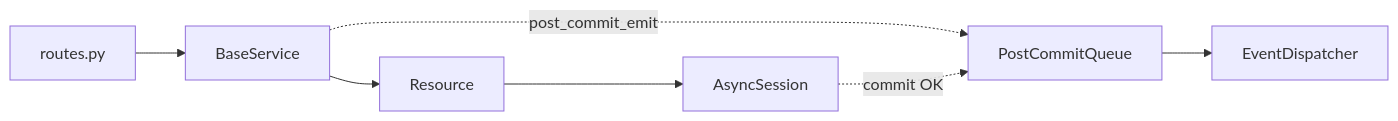
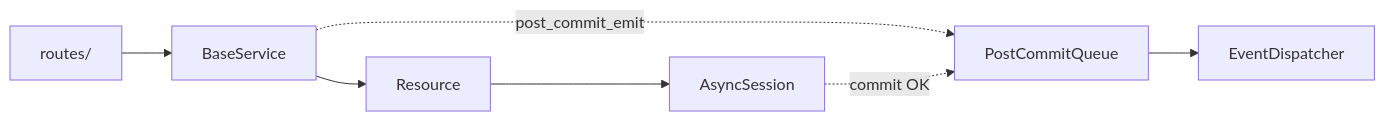
One commit to aprezcuba24/broker-shipping changed the second of 2 diagrams in docs/architecture.md. Above: the diagram before and after it, drawn with Mermaid. The commit also changed other lines of this file and 4 other files, not shown here.

````diff
--- a/docs/architecture.md
+++ b/docs/architecture.md
@@ -89,9 +89,9 @@
 ```mermaid
 flowchart LR
-  R[routes.py] --> S[BaseService]
+  R[routes/] --> S[BaseService]
   S --> Rep[Resource]
   Rep --> Ses[AsyncSession]
   S -.->|"post_commit_emit"| Q[PostCommitQueue]
   Ses -.->|"commit OK"| Q
   Q --> Bus[EventDispatcher]
 ```
````
